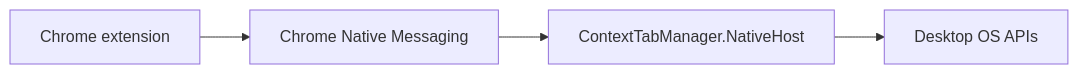
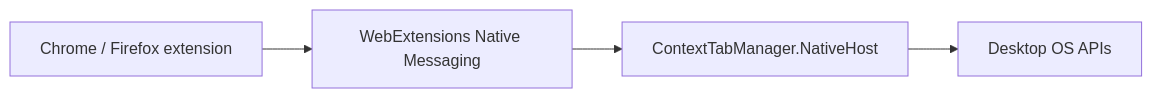
Before and after one commit to g-nogueira/tab-manager-mvp: the diagram in docs/adr/0001-native-messaging-desktop-companion.md, drawn with Mermaid. The commit also changed other lines of this file, not shown here.

Commit message:
docs: generalize Native Messaging ADR for Firefox

````diff
--- a/docs/adr/0001-native-messaging-desktop-companion.md
+++ b/docs/adr/0001-native-messaging-desktop-companion.md
@@ -14,6 +15,6 @@
 ```mermaid
 flowchart LR
-    Extension["Chrome extension"] --> Chrome["Chrome Native Messaging"]
-    Chrome --> Host["ContextTabManager.NativeHost"]
+    Extension["Chrome / Firefox extension"] --> Messaging["WebExtensions Native Messaging"]
+    Messaging --> Host["ContextTabManager.NativeHost"]
     Host --> OS["Desktop OS APIs"]
 ```
````
